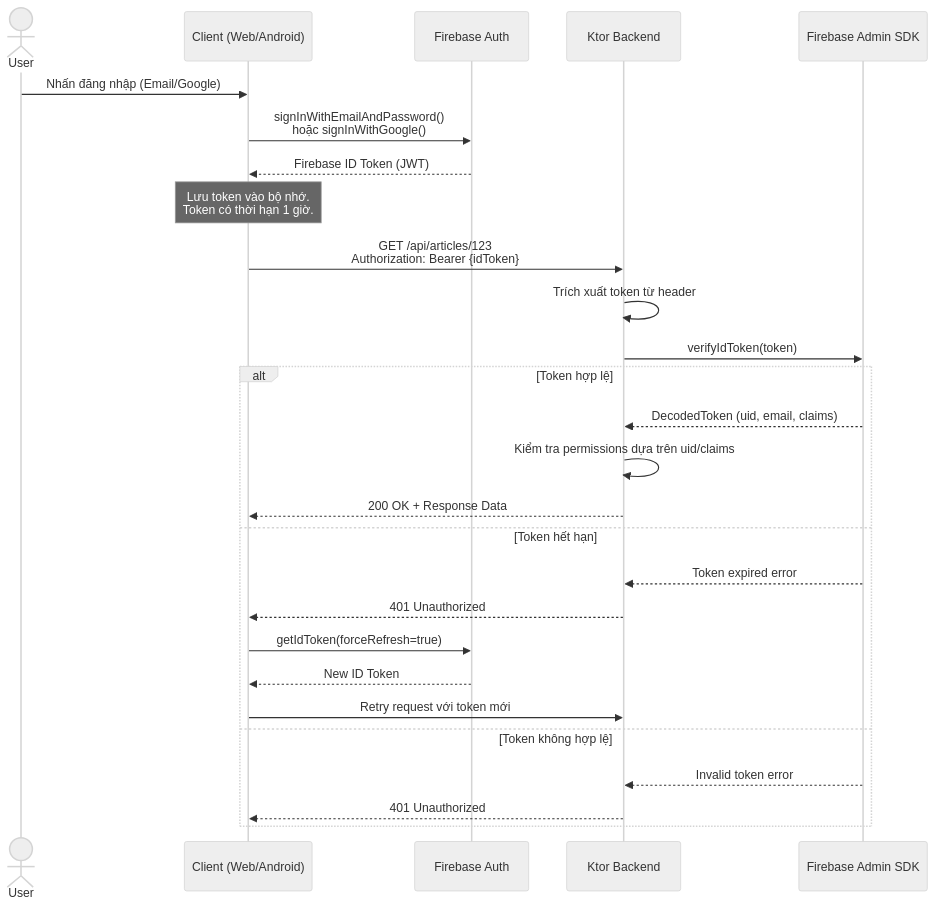
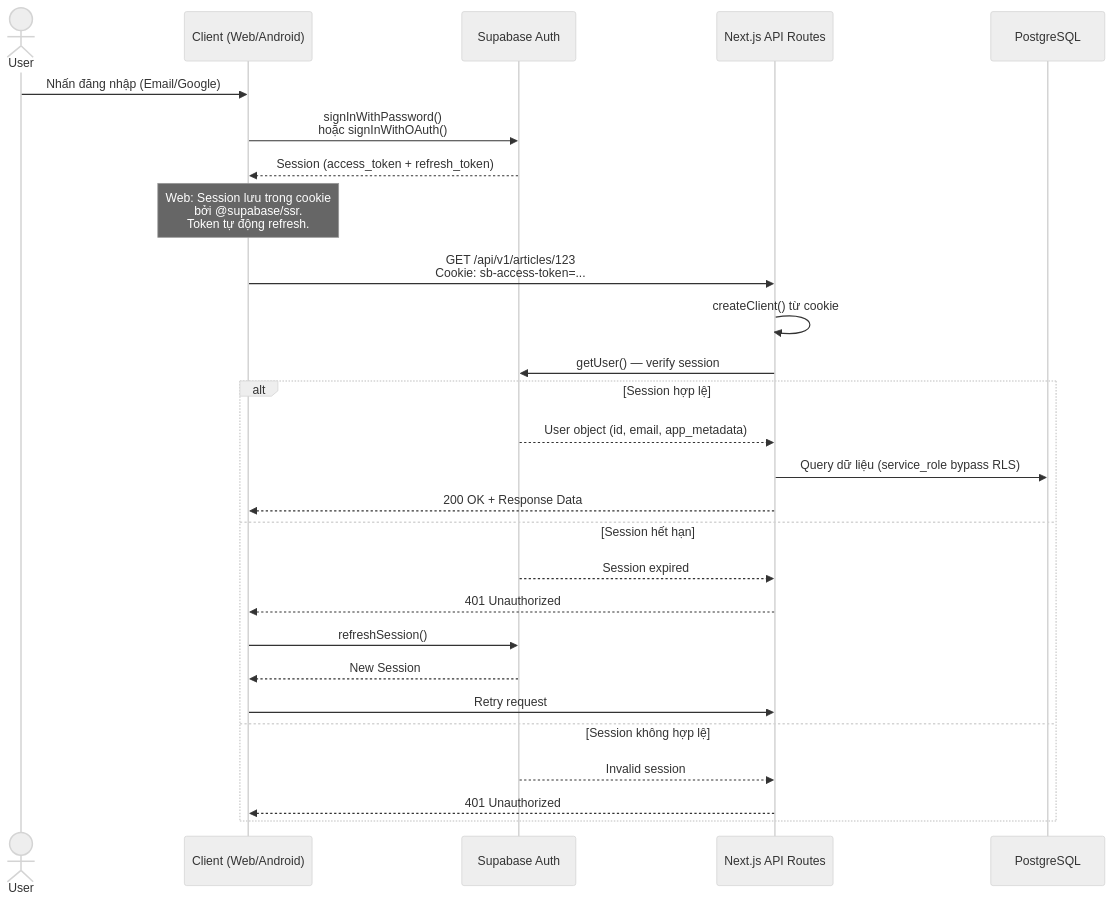
The second of 5 diagrams in docs/design/architecture.md (iAmHieu2012/Sequoia), drawn with Mermaid (neutral theme) before and after one commit. The commit also changed other lines of this file and 14 other files, not shown here.

````diff
--- a/docs/design/architecture.md
+++ b/docs/design/architecture.md
@@ -117,34 +108,34 @@
 ```mermaid
 sequenceDiagram
     actor User
     participant Client as Client (Web/Android)
-    participant FireAuth as Firebase Auth
-    participant Ktor as Ktor Backend
-    participant AdminSDK as Firebase Admin SDK
+    participant SupaAuth as Supabase Auth
+    participant API as Next.js API Routes
+    participant DB as PostgreSQL
 
     User->>Client: Nhấn đăng nhập (Email/Google)
-    Client->>FireAuth: signInWithEmailAndPassword()<br/>hoặc signInWithGoogle()
-    FireAuth-->>Client: Firebase ID Token (JWT)
+    Client->>SupaAuth: signInWithPassword()<br/>hoặc signInWithOAuth()
+    SupaAuth-->>Client: Session (access_token + refresh_token)
     
-    Note over Client: Lưu token vào bộ nhớ.<br/>Token có thời hạn 1 giờ.
+    Note over Client: Web: Session lưu trong cookie<br/>bởi @supabase/ssr.<br/>Token tự động refresh.
     
-    Client->>Ktor: GET /api/articles/123<br/>Authorization: Bearer {idToken}
+    Client->>API: GET /api/v1/articles/123<br/>Cookie: sb-access-token=...
     
-    Ktor->>Ktor: Trích xuất token từ header
-    Ktor->>AdminSDK: verifyIdToken(token)
+    API->>API: createClient() từ cookie
+    API->>SupaAuth: getUser() — verify session
     
-    alt Token hợp lệ
-        AdminSDK-->>Ktor: DecodedToken (uid, email, claims)
-        Ktor->>Ktor: Kiểm tra permissions dựa trên uid/claims
-        Ktor-->>Client: 200 OK + Response Data
-    else Token hết hạn
-        AdminSDK-->>Ktor: Token expired error
-        Ktor-->>Client: 401 Unauthorized
-        Client->>FireAuth: getIdToken(forceRefresh=true)
-        FireAuth-->>Client: New ID Token
-        Client->>Ktor: Retry request với token mới
-    else Token không hợp lệ
-        AdminSDK-->>Ktor: Invalid token error
-        Ktor-->>Client: 401 Unauthorized
+    alt Session hợp lệ
+        SupaAuth-->>API: User object (id, email, app_metadata)
+        API->>DB: Query dữ liệu (service_role bypass RLS)
+        API-->>Client: 200 OK + Response Data
+    else Session hết hạn
+        SupaAuth-->>API: Session expired
+        API-->>Client: 401 Unauthorized
+        Client->>SupaAuth: refreshSession()
+        SupaAuth-->>Client: New Session
+        Client->>API: Retry request
+    else Session không hợp lệ
+        SupaAuth-->>API: Invalid session
+        API-->>Client: 401 Unauthorized
     end
 ```
````
